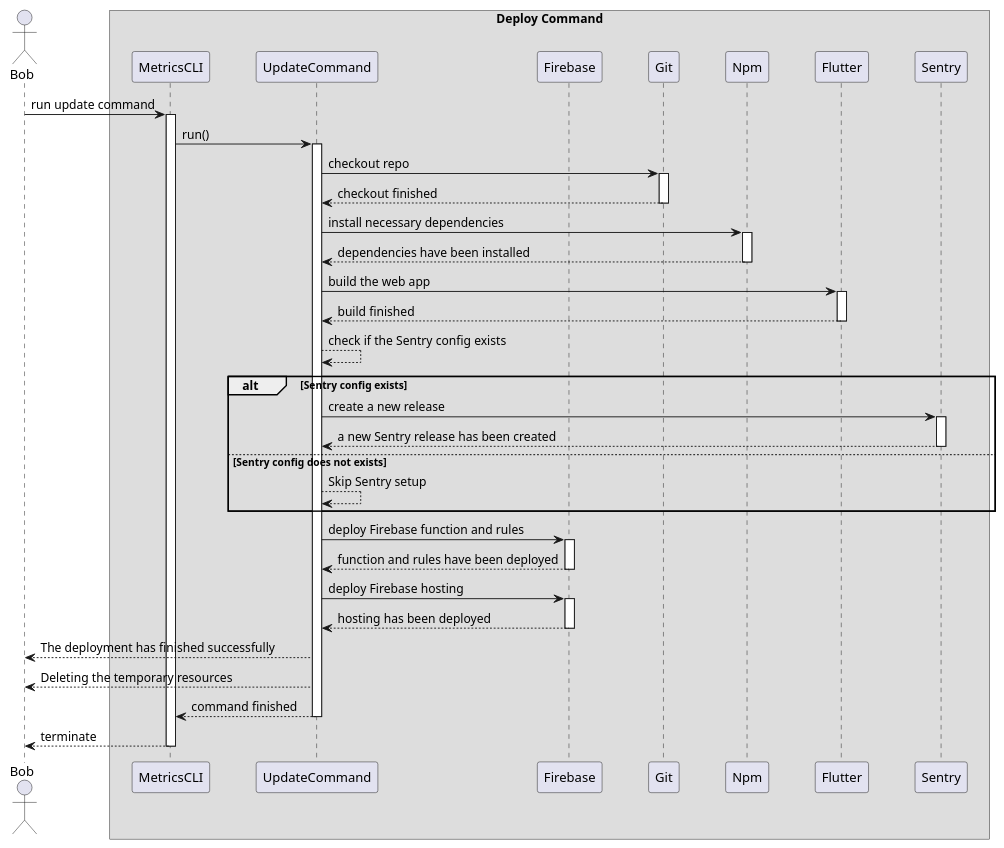
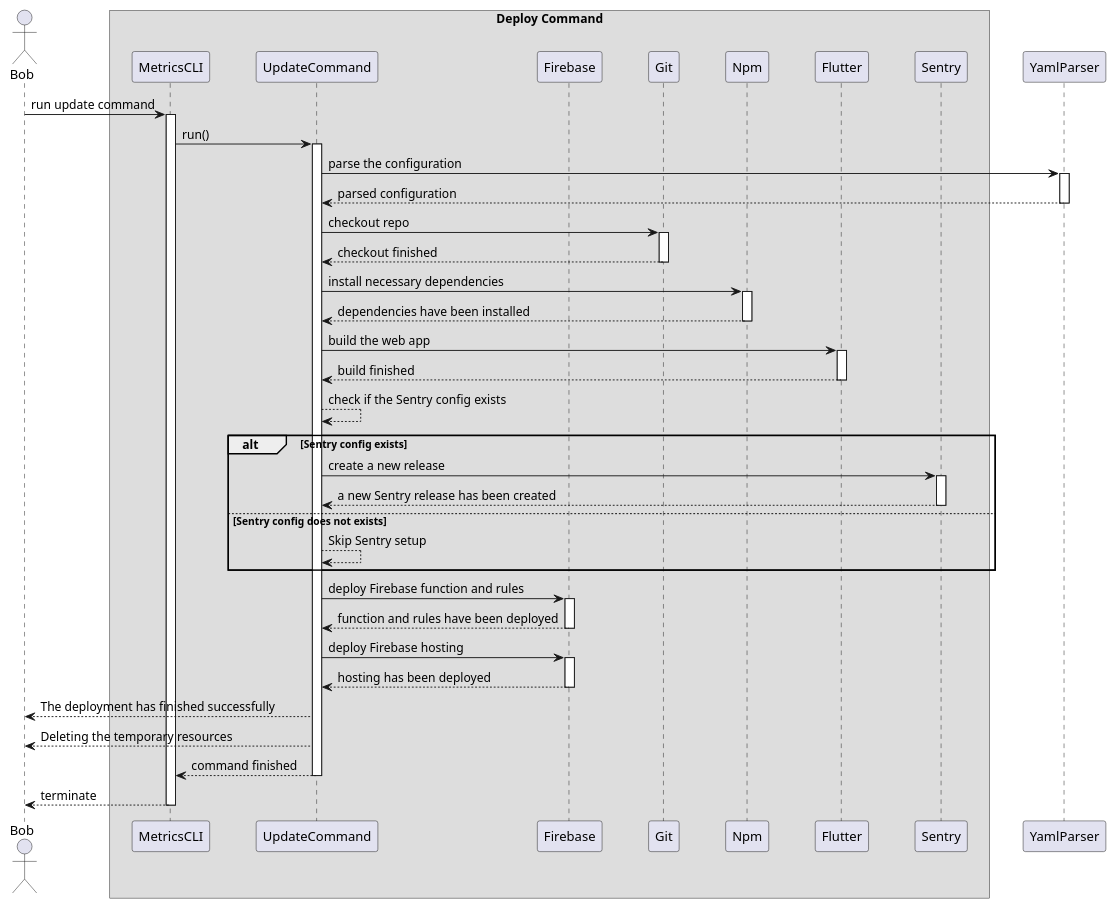
One commit to Flank/flank-dashboard changed the diagram in metrics/cli/docs/diagrams/abstract_update_command_sequence_diagram.puml. Above: the diagram before and after it, drawn with PlantUML. The commit also changed 1 other file, not shown here.

```diff
--- a/metrics/cli/docs/diagrams/abstract_update_command_sequence_diagram.puml
+++ b/metrics/cli/docs/diagrams/abstract_update_command_sequence_diagram.puml
@@ -1,52 +1,57 @@
 @startuml abstract_update_command_sequence_diagram
 
 skinparam ParticipantPadding 20
 skinparam BoxPadding 10
 
 actor Bob
 
 box Deploy Command
 participant MetricsCLI
 participant UpdateCommand
 participant Firebase
 participant Git
 participant Npm
 participant Flutter
 participant Sentry
 end box
 
+participant YamlParser
+
 Bob -> MetricsCLI ++ : run update command
 MetricsCLI -> UpdateCommand ++ : run()
+
+UpdateCommand -> YamlParser ++ : parse the configuration
+YamlParser --> UpdateCommand -- : parsed configuration
 
 UpdateCommand -> Git ++ : checkout repo
 Git --> UpdateCommand -- : checkout finished
 
 UpdateCommand -> Npm ++ : install necessary dependencies
 Npm --> UpdateCommand -- : dependencies have been installed
 
 UpdateCommand -> Flutter ++ : build the web app
 Flutter --> UpdateCommand -- : build finished
 
 UpdateCommand --> UpdateCommand : check if the Sentry config exists
 alt Sentry config exists
 
 UpdateCommand -> Sentry ++ : create a new release
 Sentry --> UpdateCommand -- : a new Sentry release has been created
 
 else Sentry config does not exists
 UpdateCommand --> UpdateCommand : Skip Sentry setup
 end
 
 UpdateCommand -> Firebase ++ : deploy Firebase function and rules
 Firebase --> UpdateCommand -- : function and rules have been deployed
 
 UpdateCommand -> Firebase ++ : deploy Firebase hosting
 Firebase --> UpdateCommand -- : hosting has been deployed
 
 UpdateCommand --> Bob : The deployment has finished successfully
 UpdateCommand --> Bob : Deleting the temporary resources
 
 UpdateCommand --> MetricsCLI --: command finished
 MetricsCLI --> Bob -- : terminate
 
 @enduml
```
